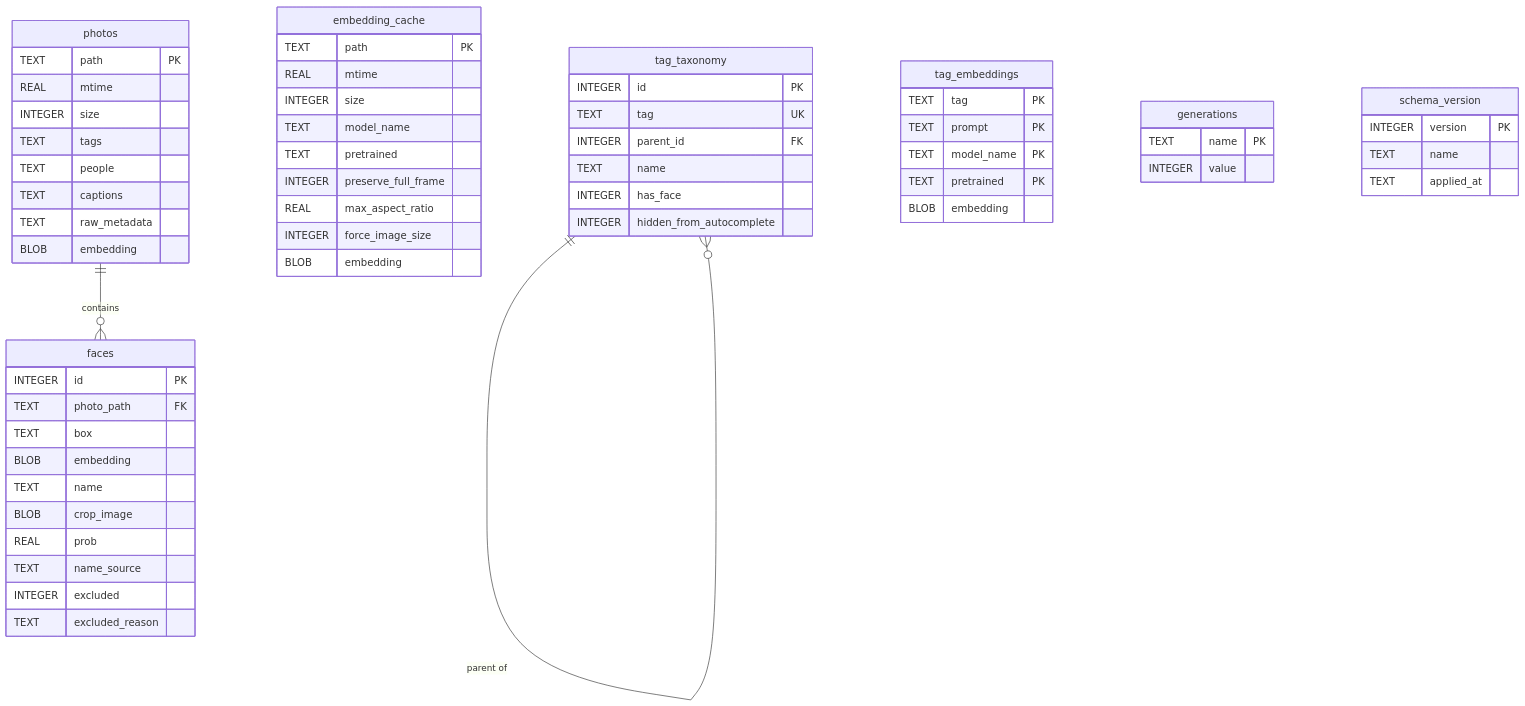
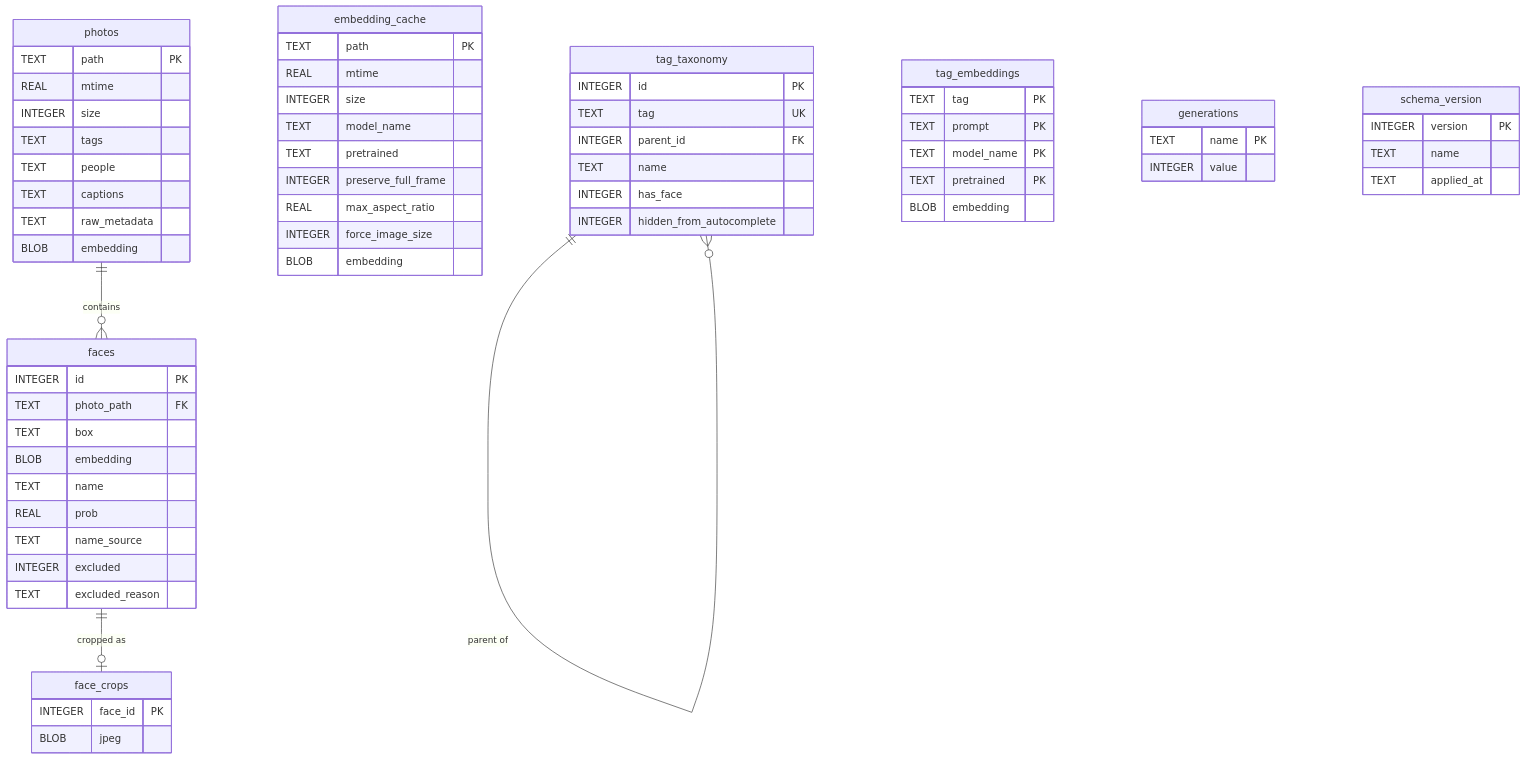
The first of 2 diagrams in DATABASE.md (Wizoi/TagPup), drawn with Mermaid before and after one commit. The commit also changed other lines of this file and 12 other files, not shown here.

First line of the commit message:
feat: face crops in a table of their own (migration 3)

````diff
--- a/DATABASE.md
+++ b/DATABASE.md
@@ -154,69 +161,74 @@
 ```mermaid
 erDiagram
     photos {
         TEXT path PK
         REAL mtime
         INTEGER size
         TEXT tags
         TEXT people
         TEXT captions
         TEXT raw_metadata
         BLOB embedding
     }
     
     faces {
         INTEGER id PK
         TEXT photo_path FK
         TEXT box
         BLOB embedding
         TEXT name
-        BLOB crop_image
         REAL prob
         TEXT name_source
         INTEGER excluded
         TEXT excluded_reason
     }
     
     embedding_cache {
         TEXT path PK
         REAL mtime
         INTEGER size
         TEXT model_name
         TEXT pretrained
         INTEGER preserve_full_frame
         REAL max_aspect_ratio
         INTEGER force_image_size
         BLOB embedding
     }
 
     tag_taxonomy {
         INTEGER id PK
         TEXT tag UK
         INTEGER parent_id FK
         TEXT name
         INTEGER has_face
         INTEGER hidden_from_autocomplete
     }
 
     tag_embeddings {
         TEXT tag PK
         TEXT prompt PK
         TEXT model_name PK
         TEXT pretrained PK
         BLOB embedding
     }
 
+    face_crops {
+        INTEGER face_id PK
+        BLOB jpeg
+    }
+
     generations {
         TEXT name PK
         INTEGER value
     }
 
     schema_version {
         INTEGER version PK
         TEXT name
         TEXT applied_at
     }
 
     photos ||--o{ faces : "contains"
+    faces ||--o| face_crops : "cropped as"
     tag_taxonomy ||--o{ tag_taxonomy : "parent of"
 ```
````
